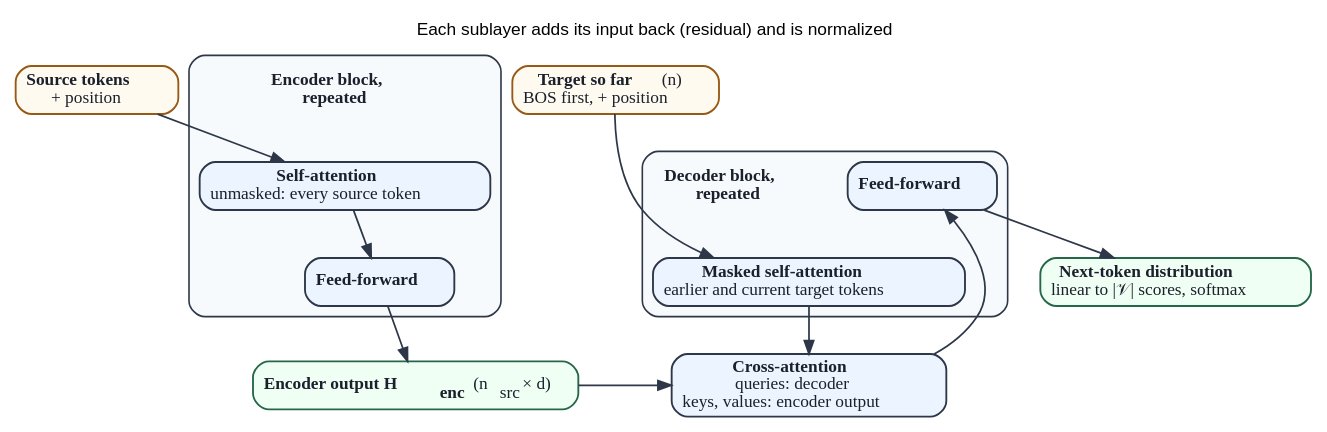
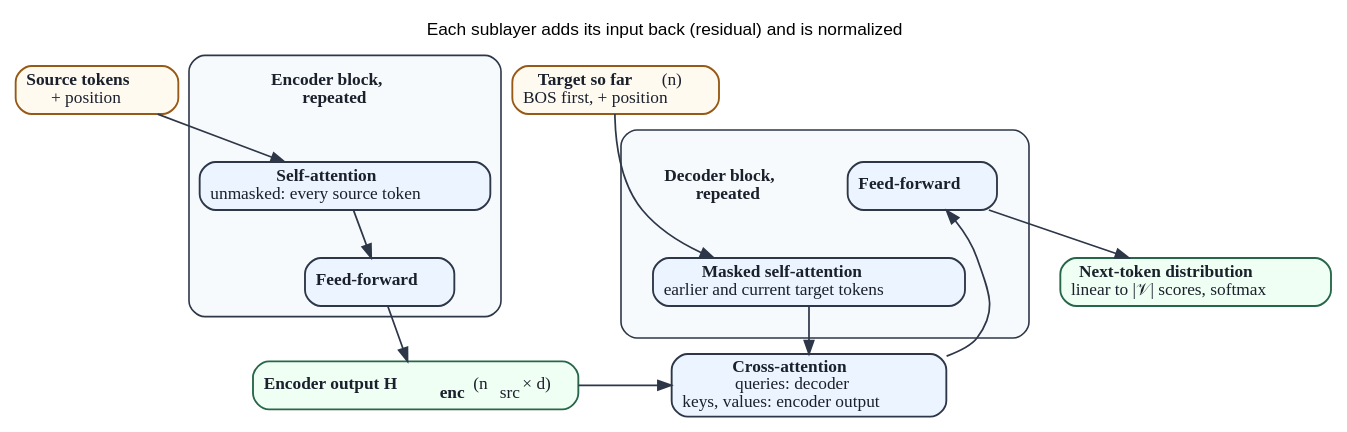
One commit to Beaker12/llmatlas changed the diagram in chapters/01-foundations/figures/encoder_decoder.dot. Above: the diagram before and after it, drawn with Graphviz. The commit also changed 10 other files, not shown here.

```diff
--- a/chapters/01-foundations/figures/encoder_decoder.dot
+++ b/chapters/01-foundations/figures/encoder_decoder.dot
@@ -1,33 +1,33 @@
 digraph EncoderDecoder {
     graph [fontname="Arial" fontsize=13 bgcolor=white label=<Each sublayer adds its input back (residual) and is normalized> labelloc=t];
 
     src [label=<<b>Source tokens</b><br/>+ position> shape=box style="rounded,filled" fillcolor="#fffaf0" color="#975a16" penwidth=1.4 fontsize=13 fontcolor="#1a202c"];
     tgt [label=<<b>Target so far</b> (n)<br/>BOS first, + position> shape=box style="rounded,filled" fillcolor="#fffaf0" color="#975a16" penwidth=1.4 fontsize=13 fontcolor="#1a202c"];
     { rank=same; src; tgt; }
     subgraph cluster_enc {
         label=""; fontsize=13; style="rounded,filled"; fillcolor="#f7fafc"; color="#2d3748"; penwidth=1.2;
         tenc [label=<<b>Encoder block,</b><br/><b>repeated</b>> shape=plaintext style=filled fillcolor="#f7fafc" fontsize=13 fontcolor="#1a202c"];
         tenc -> esa [style=invis];
         esa [label=<<b>Self-attention</b><br/>unmasked: every source token> shape=box style="rounded,filled" fillcolor="#ebf4ff" color="#2d3748" penwidth=1.4 fontsize=13 fontcolor="#1a202c"];
         eff [label=<<b>Feed-forward</b>> shape=box style="rounded,filled" fillcolor="#ebf4ff" color="#2d3748" penwidth=1.4 fontsize=13 fontcolor="#1a202c"];
     }
     subgraph cluster_dec {
-        label=""; fontsize=13; style="rounded,filled"; fillcolor="#f7fafc"; color="#2d3748"; penwidth=1.2;
+        margin=24; label=""; fontsize=13; style="rounded,filled"; fillcolor="#f7fafc"; color="#2d3748"; penwidth=1.2;
         tdec [label=<<b>Decoder block,</b><br/><b>repeated</b>> shape=plaintext style=filled fillcolor="#f7fafc" fontsize=13 fontcolor="#1a202c"];
         tdec -> dsa [style=invis];
         dsa [label=<<b>Masked self-attention</b><br/>earlier and current target tokens> shape=box style="rounded,filled" fillcolor="#ebf4ff" color="#2d3748" penwidth=1.4 fontsize=13 fontcolor="#1a202c"];
         dca [label=<<b>Cross-attention</b><br/>queries: decoder<br/>keys, values: encoder output> shape=box style="rounded,filled" fillcolor="#ebf4ff" color="#2d3748" penwidth=1.4 fontsize=13 fontcolor="#1a202c"];
         dff [label=<<b>Feed-forward</b>> shape=box style="rounded,filled" fillcolor="#ebf4ff" color="#2d3748" penwidth=1.4 fontsize=13 fontcolor="#1a202c"];
     }
     h [label=<<b>Encoder output H<sub>enc</sub></b>  (n<sub>src</sub> × d)> shape=box style="rounded,filled" fillcolor="#f0fff4" color="#276749" penwidth=1.4 fontsize=13 fontcolor="#1a202c"];
     p [label=<<b>Next-token distribution</b><br/>linear to |𝒱| scores, softmax> shape=box style="rounded,filled" fillcolor="#f0fff4" color="#276749" penwidth=1.4 fontsize=13 fontcolor="#1a202c"];
     { rank=same; h; dca; }
     src -> esa [color="#2d3748" penwidth=1.3 fontsize=12 fontcolor="#1a202c"];
     esa -> eff [color="#2d3748" penwidth=1.3 fontsize=12 fontcolor="#1a202c"];
     eff -> h [color="#2d3748" penwidth=1.3 fontsize=12 fontcolor="#1a202c"];
     tgt -> dsa [color="#2d3748" penwidth=1.3 fontsize=12 fontcolor="#1a202c"];
     dsa -> dca [color="#2d3748" penwidth=1.3 fontsize=12 fontcolor="#1a202c"];
     dca -> dff [color="#2d3748" penwidth=1.3 fontsize=12 fontcolor="#1a202c"];
     dff -> p [color="#2d3748" penwidth=1.3 fontsize=12 fontcolor="#1a202c"];
     h -> dca [color="#2d3748" penwidth=1.3 fontsize=12 fontcolor="#1a202c"];
 }
```
